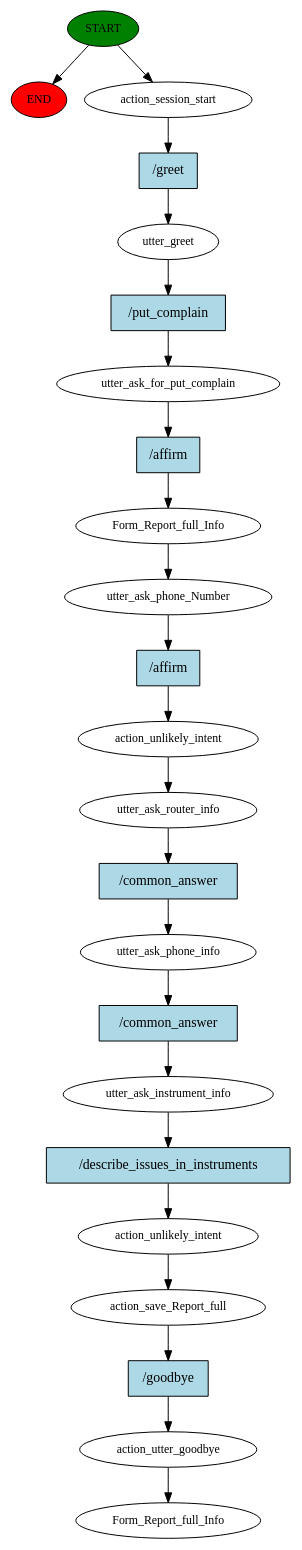
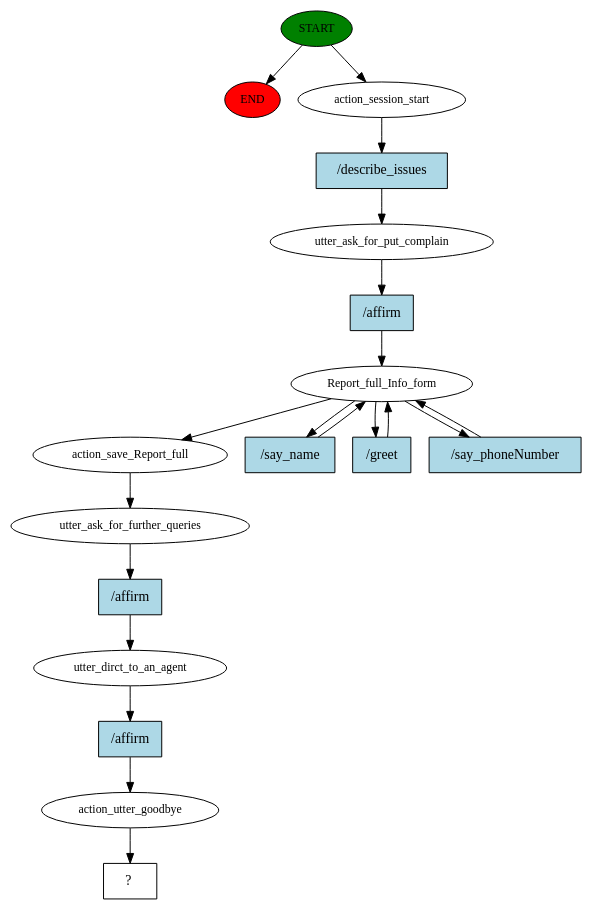
The diagram in rasaproject8/story_graph.dot (SewminaFernando/AggroDetect), drawn with Graphviz before and after one commit. The commit also changed 824 other files, not shown here.

Commit message:
fine tune the intents, save report function

```diff
--- a/rasaproject8/story_graph.dot
+++ b/rasaproject8/story_graph.dot
@@ -1,47 +1,38 @@
 digraph  {
 0 [class="start active", fillcolor=green, fontsize=12, label=START, style=filled];
 "-1" [class=end, fillcolor=red, fontsize=12, label=END, style=filled];
 1 [class=active, fontsize=12, label=action_session_start];
-2 [class=active, fontsize=12, label=utter_greet];
-3 [class=active, fontsize=12, label=utter_ask_for_put_complain];
-4 [class=active, fontsize=12, label=Form_Report_full_Info];
-5 [class=active, fontsize=12, label=utter_ask_phone_Number];
-6 [class=active, fontsize=12, label=action_unlikely_intent];
-7 [class=active, fontsize=12, label=utter_ask_router_info];
-8 [class=active, fontsize=12, label=utter_ask_phone_info];
-9 [class=active, fontsize=12, label=utter_ask_instrument_info];
-10 [class=active, fontsize=12, label=action_unlikely_intent];
-11 [class=active, fontsize=12, label=action_save_Report_full];
-12 [class=active, fontsize=12, label=action_utter_goodbye];
-13 [class="dashed active", fontsize=12, label=Form_Report_full_Info];
-14 [class="intent active", fillcolor=lightblue, label="/greet", shape=rect, style=filled];
-15 [class="intent active", fillcolor=lightblue, label="/put_complain", shape=rect, style=filled];
-16 [class="intent active", fillcolor=lightblue, label="/affirm", shape=rect, style=filled];
-17 [class="intent active", fillcolor=lightblue, label="/affirm", shape=rect, style=filled];
-18 [class="intent active", fillcolor=lightblue, label="/common_answer", shape=rect, style=filled];
-19 [class="intent active", fillcolor=lightblue, label="/common_answer", shape=rect, style=filled];
-20 [class="intent active", fillcolor=lightblue, label="/describe_issues_in_instruments", shape=rect, style=filled];
-21 [class="intent active", fillcolor=lightblue, label="/goodbye", shape=rect, style=filled];
+2 [class=active, fontsize=12, label=utter_ask_for_put_complain];
+3 [class=active, fontsize=12, label=Report_full_Info_form];
+8 [class=active, fontsize=12, label=action_save_Report_full];
+9 [class=active, fontsize=12, label=utter_ask_for_further_queries];
+10 [class=active, fontsize=12, label=utter_dirct_to_an_agent];
+11 [class=active, fontsize=12, label=action_utter_goodbye];
+12 [class="intent dashed active", label="  ?  ", shape=rect];
+13 [class="intent active", fillcolor=lightblue, label="/describe_issues", shape=rect, style=filled];
+14 [class="intent active", fillcolor=lightblue, label="/affirm", shape=rect, style=filled];
+15 [class="intent active", fillcolor=lightblue, label="/say_name", shape=rect, style=filled];
+16 [class="intent active", fillcolor=lightblue, label="/greet", shape=rect, style=filled];
+17 [class="intent active", fillcolor=lightblue, label="/say_phoneNumber", shape=rect, style=filled];
+18 [class="intent active", fillcolor=lightblue, label="/affirm", shape=rect, style=filled];
+19 [class="intent active", fillcolor=lightblue, label="/affirm", shape=rect, style=filled];
 0 -> "-1"  [class="", key=NONE, label=""];
 0 -> 1  [class=active, key=NONE, label=""];
-1 -> 14  [class=active, key=0];
-2 -> 15  [class=active, key=0];
+1 -> 13  [class=active, key=0];
+2 -> 14  [class=active, key=0];
+3 -> 8  [class=active, key=NONE, label=""];
+3 -> 15  [class=active, key=0];
 3 -> 16  [class=active, key=0];
-4 -> 5  [class=active, key=NONE, label=""];
-5 -> 17  [class=active, key=0];
-6 -> 7  [class=active, key=NONE, label=""];
-7 -> 18  [class=active, key=0];
-8 -> 19  [class=active, key=0];
-9 -> 20  [class=active, key=0];
-10 -> 11  [class=active, key=NONE, label=""];
-11 -> 21  [class=active, key=0];
-12 -> 13  [class=active, key=NONE, label=""];
-14 -> 2  [class=active, key=0];
+3 -> 17  [class=active, key=0];
+8 -> 9  [class=active, key=NONE, label=""];
+9 -> 18  [class=active, key=0];
+10 -> 19  [class=active, key=0];
+11 -> 12  [class=active, key=NONE, label=""];
+13 -> 2  [class=active, key=0];
+14 -> 3  [class=active, key=0];
 15 -> 3  [class=active, key=0];
-16 -> 4  [class=active, key=0];
-17 -> 6  [class=active, key=0];
-18 -> 8  [class=active, key=0];
-19 -> 9  [class=active, key=0];
-20 -> 10  [class=active, key=0];
-21 -> 12  [class=active, key=0];
+16 -> 3  [class=active, key=0];
+17 -> 3  [class=active, key=0];
+18 -> 10  [class=active, key=0];
+19 -> 11  [class=active, key=0];
 }
```
